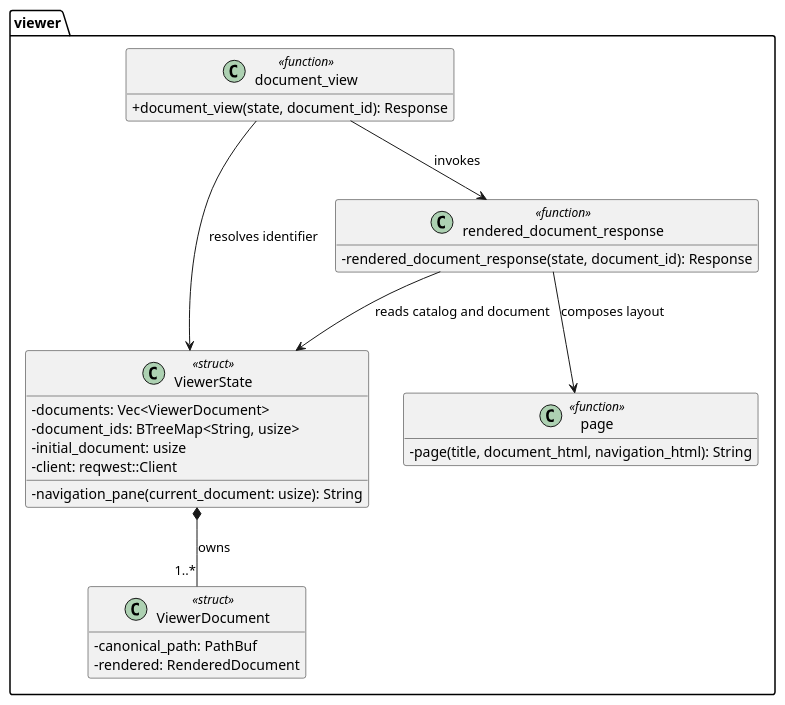
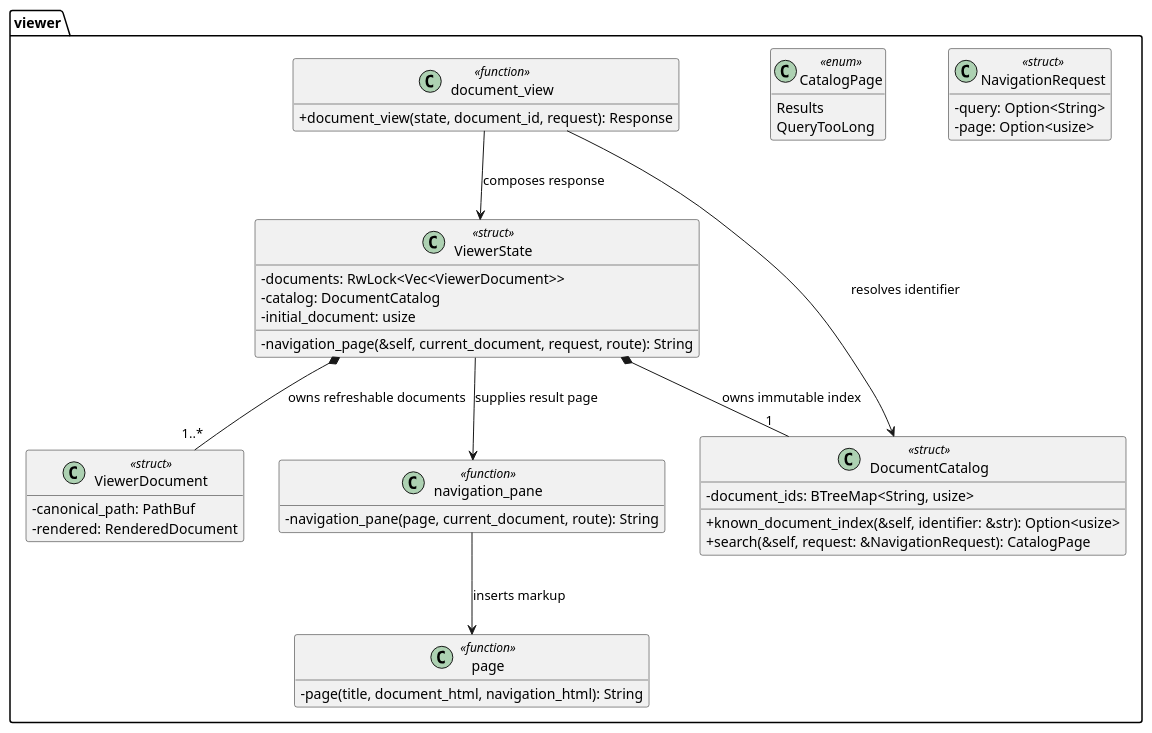
One commit to sirius-cc-wu/lens changed the second of 2 diagrams in docs/features/document-navigation-pane/design.md. Above: the diagram before and after it, drawn with PlantUML. The commit also changed other lines of this file and 5 other files, not shown here.

Commit message:
docs: design scalable navigation search

````diff
--- a/docs/features/document-navigation-pane/design.md
+++ b/docs/features/document-navigation-pane/design.md
@@ -68,35 +80,48 @@
 ```plantuml
 @startuml
 hide empty members
 skinparam classAttributeIconSize 0
 
 package "viewer" {
   class "ViewerState" as ViewerState <<struct>> {
-    -documents: Vec<ViewerDocument>
+    -documents: RwLock<Vec<ViewerDocument>>
+    -catalog: DocumentCatalog
+    -initial_document: usize
+    -navigation_page(&self, current_document, request, route): String
+  }
+  class "DocumentCatalog" as Catalog <<struct>> {
     -document_ids: BTreeMap<String, usize>
-    -initial_document: usize
-    -client: reqwest::Client
-    -navigation_pane(current_document: usize): String
+    +known_document_index(&self, identifier: &str): Option<usize>
+    +search(&self, request: &NavigationRequest): CatalogPage
+  }
+  class "NavigationRequest" as Request <<struct>> {
+    -query: Option<String>
+    -page: Option<usize>
+  }
+  class "CatalogPage" as CatalogPage <<enum>> {
+    Results
+    QueryTooLong
   }
   class "ViewerDocument" as ViewerDocument <<struct>> {
     -canonical_path: PathBuf
     -rendered: RenderedDocument
   }
   class "document_view" as DocumentView <<function>> {
-    +document_view(state, document_id): Response
+    +document_view(state, document_id, request): Response
   }
-  class "rendered_document_response" as Response <<function>> {
-    -rendered_document_response(state, document_id): Response
+  class "navigation_pane" as Navigation <<function>> {
+    -navigation_pane(page, current_document, route): String
   }
   class "page" as Page <<function>> {
     -page(title, document_html, navigation_html): String
   }
 }
 
-DocumentView --> ViewerState : resolves identifier
-DocumentView --> Response : invokes
-Response --> ViewerState : reads catalog and document
-ViewerState *-- "1..*" ViewerDocument : owns
-Response --> Page : composes layout
+ViewerState *-- "1" Catalog : owns immutable index
+ViewerState *-- "1..*" ViewerDocument : owns refreshable documents
+DocumentView --> Catalog : resolves identifier
+DocumentView --> ViewerState : composes response
+ViewerState --> Navigation : supplies result page
+Navigation --> Page : inserts markup
 @enduml
 ```
````
